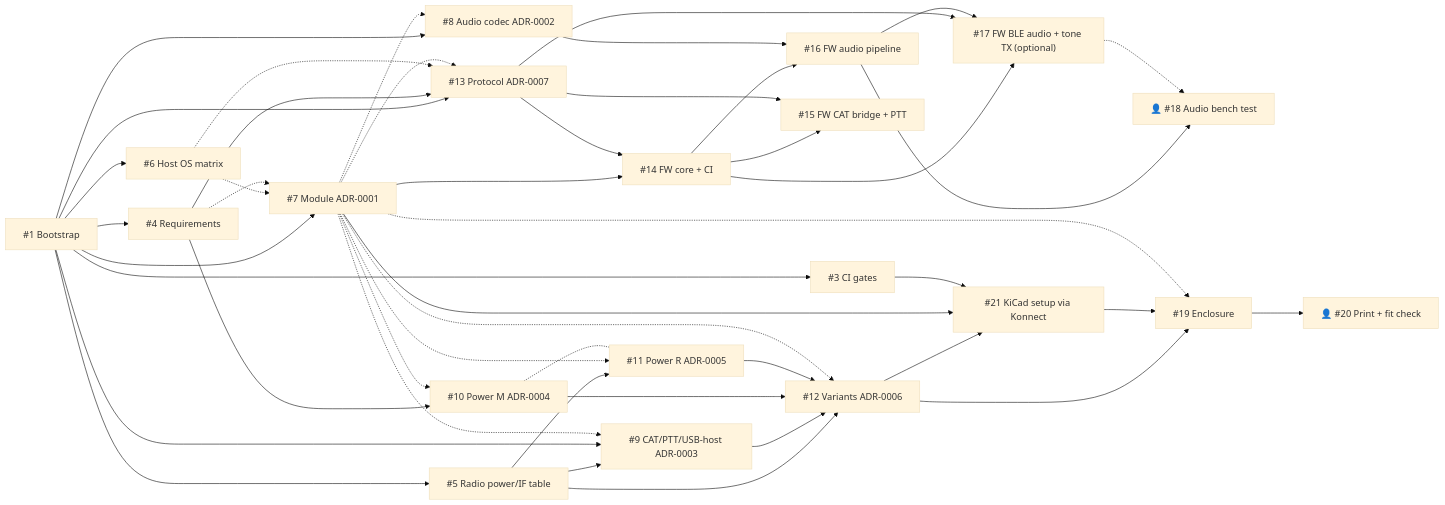
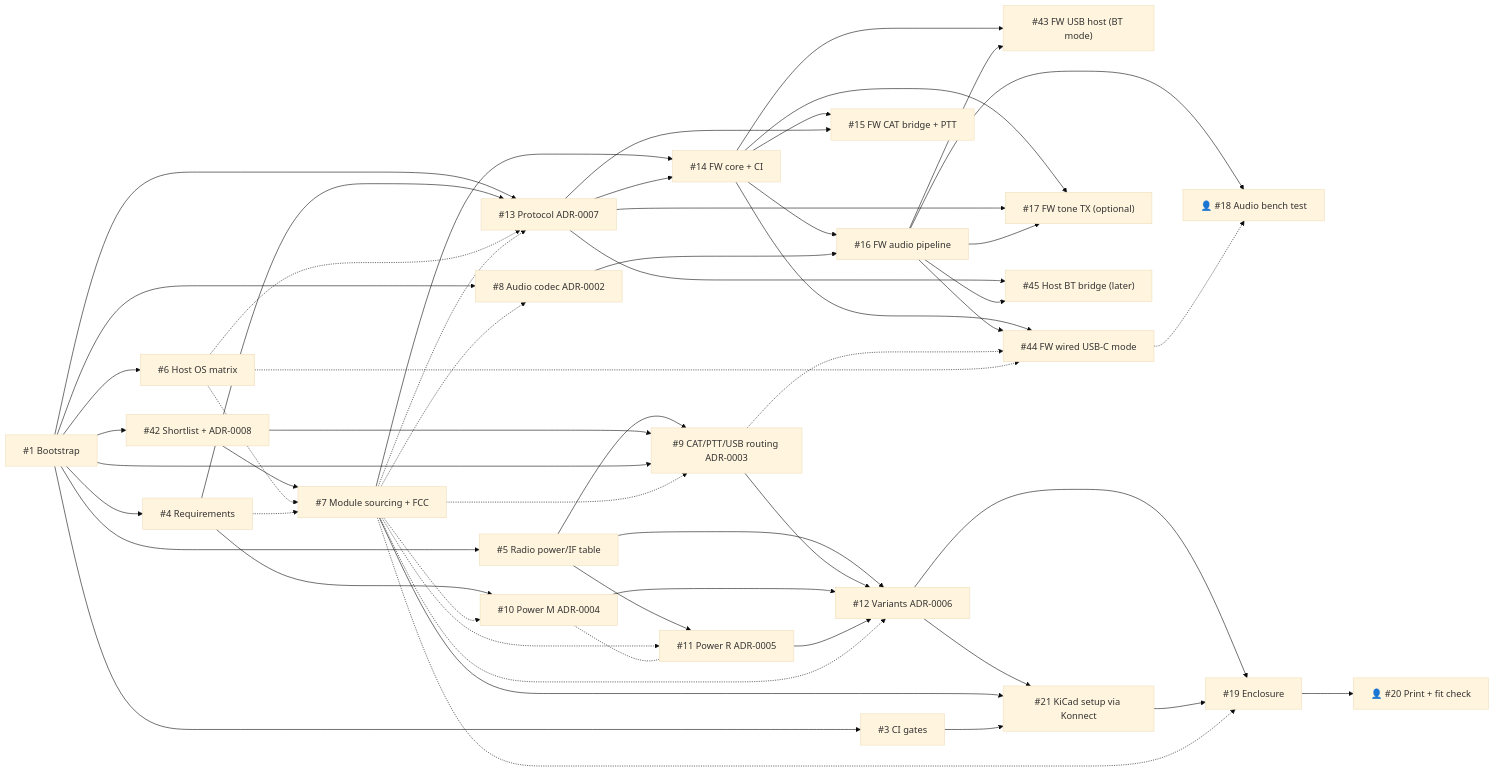
Before and after one commit to Reid-n0rc/open-bt-rig-interface: the diagram in docs/roadmap.md, drawn with Mermaid (base theme). The commit also changed other lines of this file, not shown here.

Commit message:
docs: sync roadmap with ADR-0008 scope updates and new issues #43-#45 (#42)

````diff
--- a/docs/roadmap.md
+++ b/docs/roadmap.md
@@ -152,47 +156,57 @@
 ```mermaid
 flowchart LR
   I1["#1 Bootstrap"] --> I3["#3 CI gates"]
   I1 --> I4["#4 Requirements"]
   I1 --> I5["#5 Radio power/IF table"]
   I1 --> I6["#6 Host OS matrix"]
-  I1 --> I7["#7 Module ADR-0001"]
+  I1 --> I42["#42 Shortlist + ADR-0008"]
+  I42 --> I7["#7 Module sourcing + FCC"]
   I1 --> I8["#8 Audio codec ADR-0002"]
   I1 --> I13["#13 Protocol ADR-0007"]
-  I5 --> I9["#9 CAT/PTT/USB-host ADR-0003"]
+  I5 --> I9["#9 CAT/PTT/USB routing ADR-0003"]
+  I42 --> I9
   I1 --> I9
   I4 --> I10["#10 Power M ADR-0004"]
   I5 --> I11["#11 Power R ADR-0005"]
   I4 --> I13
   I6 -.-> I7
   I4 -.-> I7
   I7 -.-> I8
   I7 -.-> I9
   I7 -.-> I10
   I7 -.-> I11
   I10 -.- I11
   I5 --> I12["#12 Variants ADR-0006"]
   I9 --> I12
   I10 --> I12
   I11 --> I12
   I7 -.-> I12
   I6 -.-> I13
   I7 -.-> I13
   I7 --> I14["#14 FW core + CI"]
   I13 --> I14
   I14 --> I15["#15 FW CAT bridge + PTT"]
   I13 --> I15
   I14 --> I16["#16 FW audio pipeline"]
   I8 --> I16
-  I14 --> I17["#17 FW BLE audio + tone TX (optional)"]
+  I14 --> I43["#43 FW USB host (BT mode)"]
+  I16 --> I43
+  I14 --> I44["#44 FW wired USB-C mode"]
+  I16 --> I44
+  I9 -.-> I44
+  I6 -.-> I44
+  I14 --> I17["#17 FW tone TX (optional)"]
   I13 --> I17
   I16 --> I17
   I16 --> I18["👤 #18 Audio bench test"]
-  I17 -.-> I18
+  I44 -.-> I18
+  I13 --> I45["#45 Host BT bridge (later)"]
+  I16 --> I45
   I12 --> I21["#21 KiCad setup via Konnect"]
   I7 --> I21
   I3 --> I21
   I12 --> I19["#19 Enclosure"]
   I21 --> I19
   I7 -.-> I19
   I19 --> I20["👤 #20 Print + fit check"]
 ```
````
